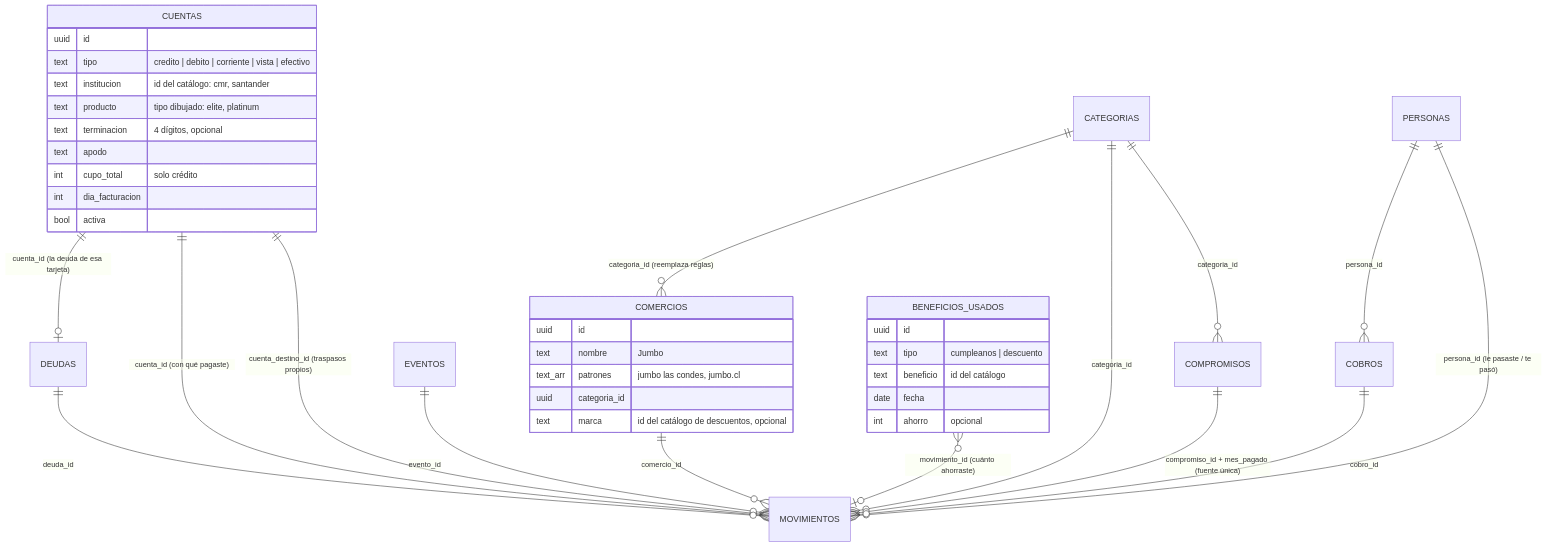
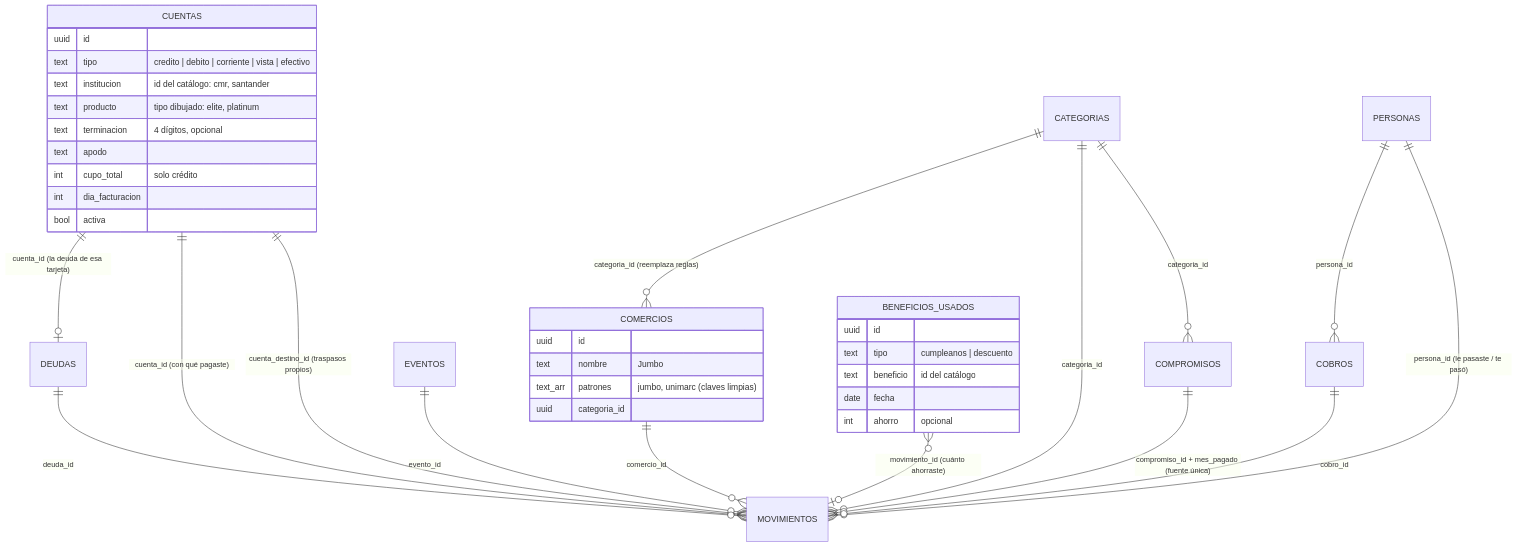
One commit to vmartinezh/finanzas-app changed the second of 2 diagrams in docs/MODELO-DATOS.md. Above: the diagram before and after it, drawn with Mermaid. The commit also changed other lines of this file and 15 other files, not shown here.

````diff
--- a/docs/MODELO-DATOS.md
+++ b/docs/MODELO-DATOS.md
@@ -74,43 +75,42 @@
 ```mermaid
 erDiagram
   CUENTAS ||--o| DEUDAS : "cuenta_id (la deuda de esa tarjeta)"
   CUENTAS ||--o{ MOVIMIENTOS : "cuenta_id (con qué pagaste)"
   CUENTAS ||--o{ MOVIMIENTOS : "cuenta_destino_id (traspasos propios)"
   COMERCIOS ||--o{ MOVIMIENTOS : comercio_id
   CATEGORIAS ||--o{ COMERCIOS : "categoria_id (reemplaza reglas)"
   CATEGORIAS ||--o{ MOVIMIENTOS : categoria_id
   CATEGORIAS ||--o{ COMPROMISOS : categoria_id
   EVENTOS ||--o{ MOVIMIENTOS : evento_id
   COMPROMISOS ||--o{ MOVIMIENTOS : "compromiso_id + mes_pagado (fuente única)"
   DEUDAS ||--o{ MOVIMIENTOS : deuda_id
   PERSONAS ||--o{ COBROS : persona_id
   PERSONAS ||--o{ MOVIMIENTOS : "persona_id (le pasaste / te pasó)"
   COBROS ||--o{ MOVIMIENTOS : cobro_id
   BENEFICIOS_USADOS }o--o| MOVIMIENTOS : "movimiento_id (cuánto ahorraste)"
 
   CUENTAS {
     uuid id
     text tipo "credito | debito | corriente | vista | efectivo"
     text institucion "id del catálogo: cmr, santander"
     text producto "tipo dibujado: elite, platinum"
     text terminacion "4 dígitos, opcional"
     text apodo
     int cupo_total "solo crédito"
     int dia_facturacion
     bool activa
   }
   COMERCIOS {
     uuid id
     text nombre "Jumbo"
-    text_arr patrones "jumbo las condes, jumbo.cl"
+    text_arr patrones "jumbo, unimarc (claves limpias)"
     uuid categoria_id
-    text marca "id del catálogo de descuentos, opcional"
   }
   BENEFICIOS_USADOS {
     uuid id
     text tipo "cumpleanos | descuento"
     text beneficio "id del catálogo"
     date fecha
     int ahorro "opcional"
   }
 ```
````
